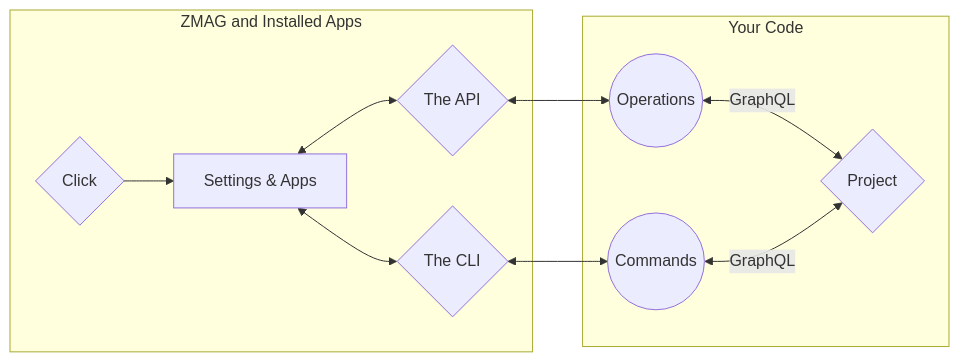
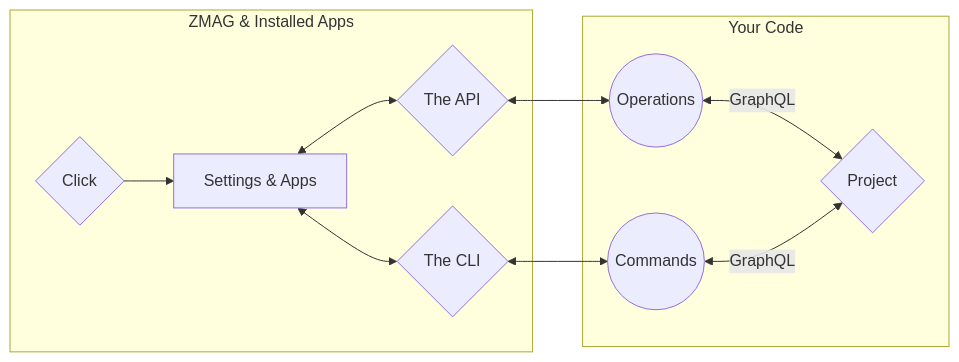
The first of 3 diagrams in docs/docs/index.md (hlop3z/zmag), drawn with Mermaid before and after one commit. The commit also changed other lines of this file and 51 other files, not shown here.

````diff
--- a/docs/docs/index.md
+++ b/docs/docs/index.md
@@ -97,25 +98,25 @@
 ```mermaid
 flowchart LR;
-    subgraph ZMAG and Installed Apps
+    subgraph ZMAG & Installed Apps
     A --> B;
 
     B <--> D;
     B <--> E;
     end
 
     D <--> F;
     E <--> G;
 
     subgraph Your Code
     F <--> | GraphQL | H
     G <--> | GraphQL | H
     end
 
     A{Click};
     B[Settings & Apps];
     D{The API};
     E{The CLI};
     F((Operations))
     G((Commands))
     H{Project};
 ```
````
